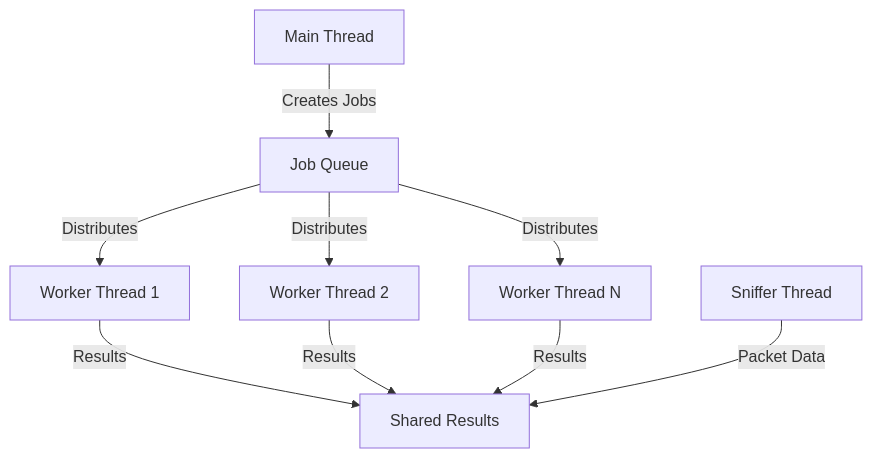
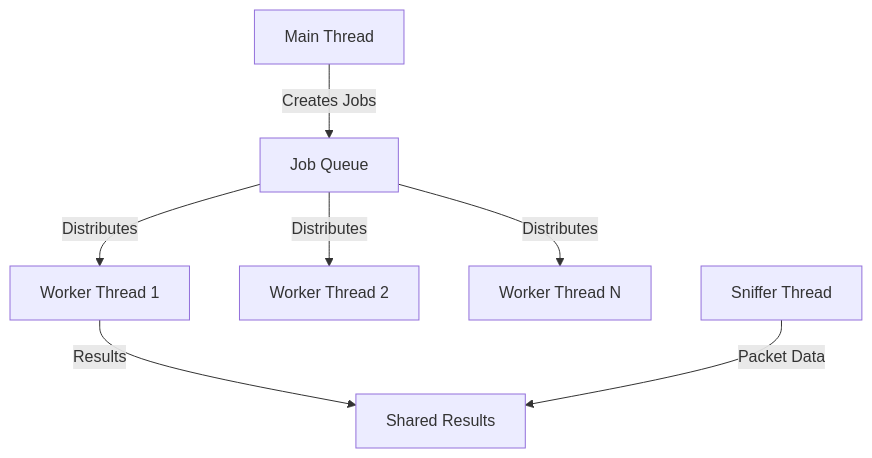
The first of 2 diagrams in README.md (erdogancayir/ft_nmap), drawn with Mermaid before and after one commit.

````diff
--- a/README.md
+++ b/README.md
@@ -139,11 +139,9 @@
 ```mermaid
 graph TD
     A[Main Thread] -->|Creates Jobs| B[Job Queue]
     B -->|Distributes| C[Worker Thread 1]
     B -->|Distributes| D[Worker Thread 2]
     B -->|Distributes| E[Worker Thread N]
     C -->|Results| F[Shared Results]
-    D -->|Results| F
-    E -->|Results| F
     G[Sniffer Thread] -->|Packet Data| F
 ```
````
